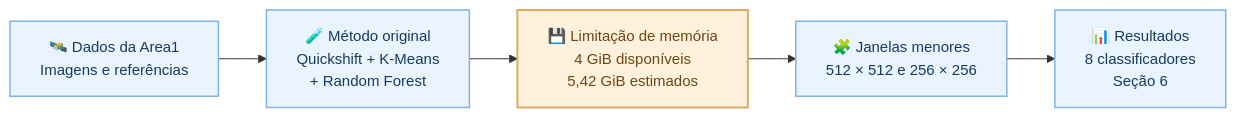
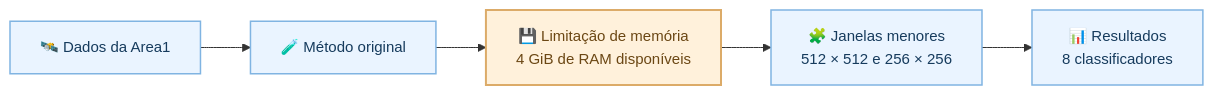
One commit to BrenoBragaGalvao/mestrado-arvores-urbanas changed the first of 4 diagrams in README.md. Above: the diagram before and after it, drawn with Mermaid. The commit also changed other lines of this file, not shown here.

Commit message:
docs: simplifica caixas do roteiro e destaca limite de RAM

````diff
--- a/README.md
+++ b/README.md
@@ -14,16 +14,16 @@
 ```mermaid
-%%{init: {"flowchart": {"nodeSpacing": 35, "rankSpacing": 48}, "themeVariables": {"fontFamily": "Arial, sans-serif", "fontSize": "15px"}}}%%
+%%{init: {"flowchart": {"nodeSpacing": 40, "rankSpacing": 50}, "themeVariables": {"fontFamily": "Arial, sans-serif", "fontSize": "15px"}}}%%
 flowchart LR
-    A["🛰️ Dados da Area1<br/>Imagens e referências"]
-    B["🧪 Método original<br/>Quickshift + K-Means<br/>+ Random Forest"]
-    C["💾 Limitação de memória<br/>4 GiB disponíveis<br/>5,42 GiB estimados"]
+    A["🛰️ Dados da Area1"]
+    B["🧪 Método original"]
+    C["💾 Limitação de memória<br/>4 GiB de RAM disponíveis"]
     D["🧩 Janelas menores<br/>512 × 512 e 256 × 256"]
-    E["📊 Resultados<br/>8 classificadores<br/>Seção 6"]
+    E["📊 Resultados<br/>8 classificadores"]
 
     A --> B --> C --> D --> E
 
     classDef etapa fill:#eaf4ff,stroke:#80b4e2,color:#163b5d,stroke-width:1.5px;
     classDef memoria fill:#fff1db,stroke:#dcab68,color:#6b4714,stroke-width:2px;
     class A,B,D,E etapa;
     class C memoria;
 ```
````
